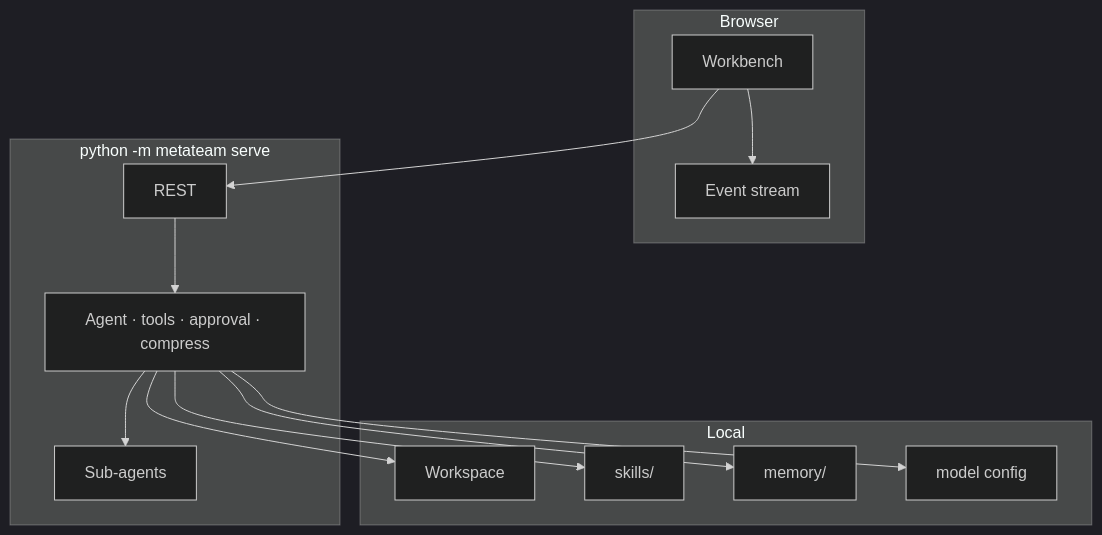
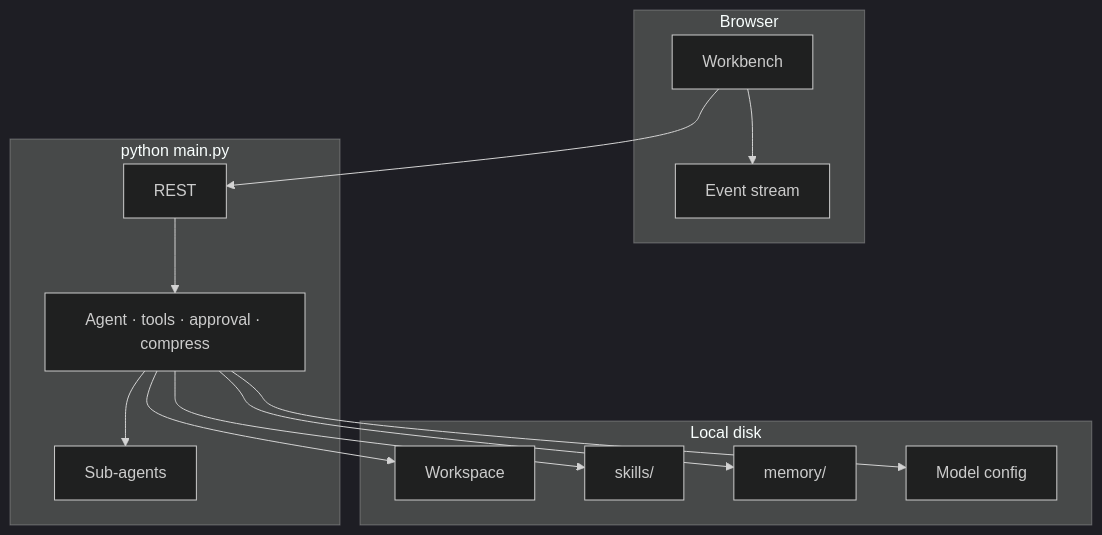
The diagram in README.en.md (GQQI/Sidekick), drawn with Mermaid (dark theme) before and after one commit. The commit also changed other lines of this file and 95 other files, not shown here.

````diff
--- a/README.en.md
+++ b/README.en.md
@@ -96,26 +96,26 @@
 ```mermaid
 flowchart TB
   subgraph Client["Browser"]
     UI["Workbench"]
     SSE["Event stream"]
   end
-  subgraph Server["python -m metateam serve"]
+  subgraph Server["python main.py"]
     API["REST"]
     Agent["Agent · tools · approval · compress"]
     Child["Sub-agents"]
   end
-  subgraph Disk["Local"]
+  subgraph Disk["Local disk"]
     WS["Workspace"]
     Skills["skills/"]
     Memory["memory/"]
-    Model["model config"]
+    Model["Model config"]
   end
   UI --> API
   UI --> SSE
   API --> Agent
   Agent --> Child
   Agent --> WS
   Agent --> Skills
   Agent --> Memory
   Agent --> Model
 ```
````
